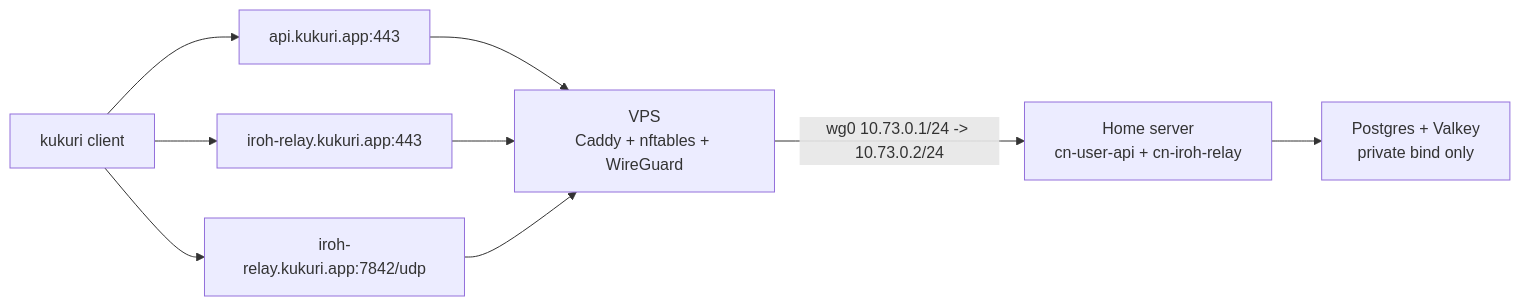
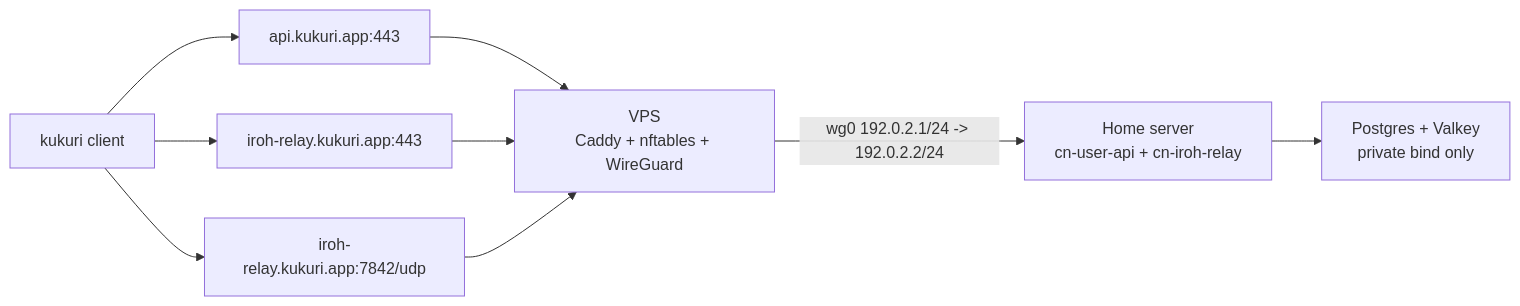
The diagram in docs/runbooks/community-node-self-host-vps.md (KingYoSun/kukuri), drawn with Mermaid before and after one commit. The commit also changed other lines of this file and 8 other files, not shown here.

````diff
--- a/docs/runbooks/community-node-self-host-vps.md
+++ b/docs/runbooks/community-node-self-host-vps.md
@@ -14,13 +14,13 @@
 ```mermaid
 flowchart LR
   Client["kukuri client"] --> ApiDns["api.kukuri.app:443"]
   Client --> RelayHttps["iroh-relay.kukuri.app:443"]
   Client --> RelayQuic["iroh-relay.kukuri.app:7842/udp"]
 
   ApiDns --> VPS["VPS<br/>Caddy + nftables + WireGuard"]
   RelayHttps --> VPS
   RelayQuic --> VPS
 
-  VPS -->|wg0 10.73.0.1/24 -> 10.73.0.2/24| Home["Home server<br/>cn-user-api + cn-iroh-relay"]
+  VPS -->|wg0 192.0.2.1/24 -> 192.0.2.2/24| Home["Home server<br/>cn-user-api + cn-iroh-relay"]
   Home --> PrivateState["Postgres + Valkey<br/>private bind only"]
 ```
````
